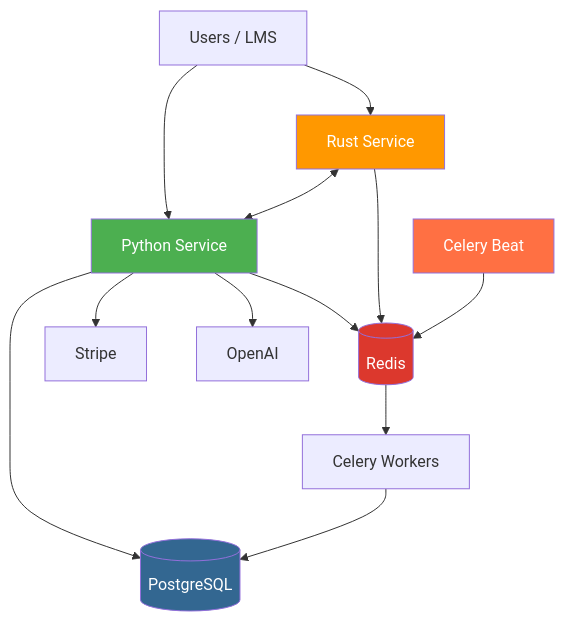
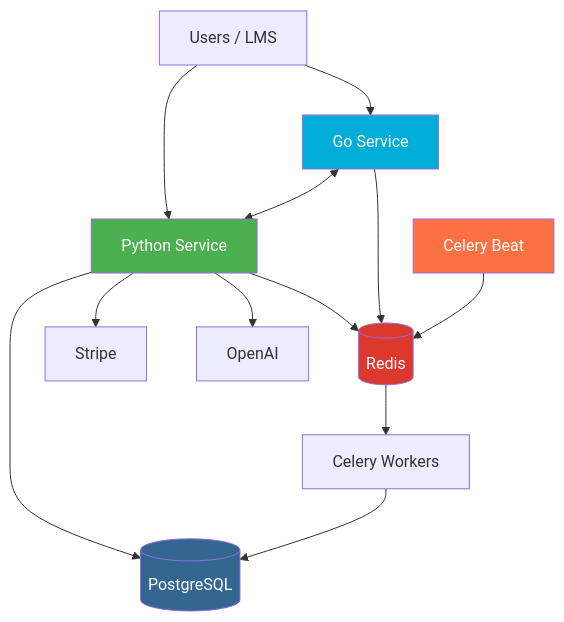
The diagram in content/projects/work-projects/quizship.md (rayen-dhmaied/portfolio), drawn with Mermaid before and after one commit. The commit also changed other lines of this file, not shown here.

````diff
--- a/content/projects/work-projects/quizship.md
+++ b/content/projects/work-projects/quizship.md
@@ -39,23 +40,23 @@
 ```mermaid
 graph TD
     A[Users / LMS] --> C[Python Service]
-    A --> D[Rust Service]
+    A --> D[Go Service]
 
     C --> E[(PostgreSQL)]
     C --> R[(Redis)]
     C --> F[Stripe]
     C --> G[OpenAI]
 
     D --> R
     D <--> C
 
     CB[Celery Beat] --> R
     R --> CW[Celery Workers]
     CW --> E
 
     style C fill:#4CAF50,color:#fff
-    style D fill:#FF9800,color:#fff
+    style D fill:#00ADD8,color:#fff
     style R fill:#DC382D,color:#fff
     style E fill:#336791,color:#fff
     style CB fill:#FF7043,color:#fff
 ```
````
